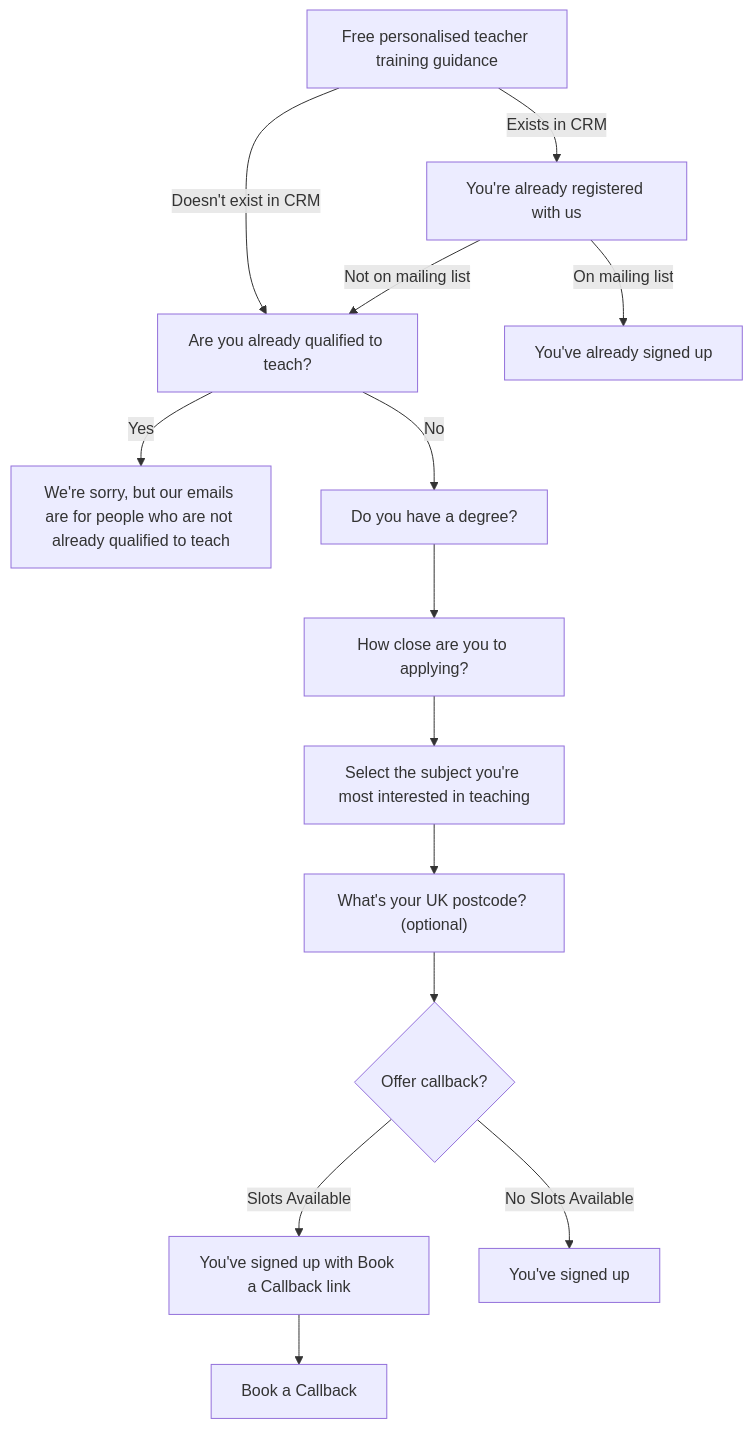
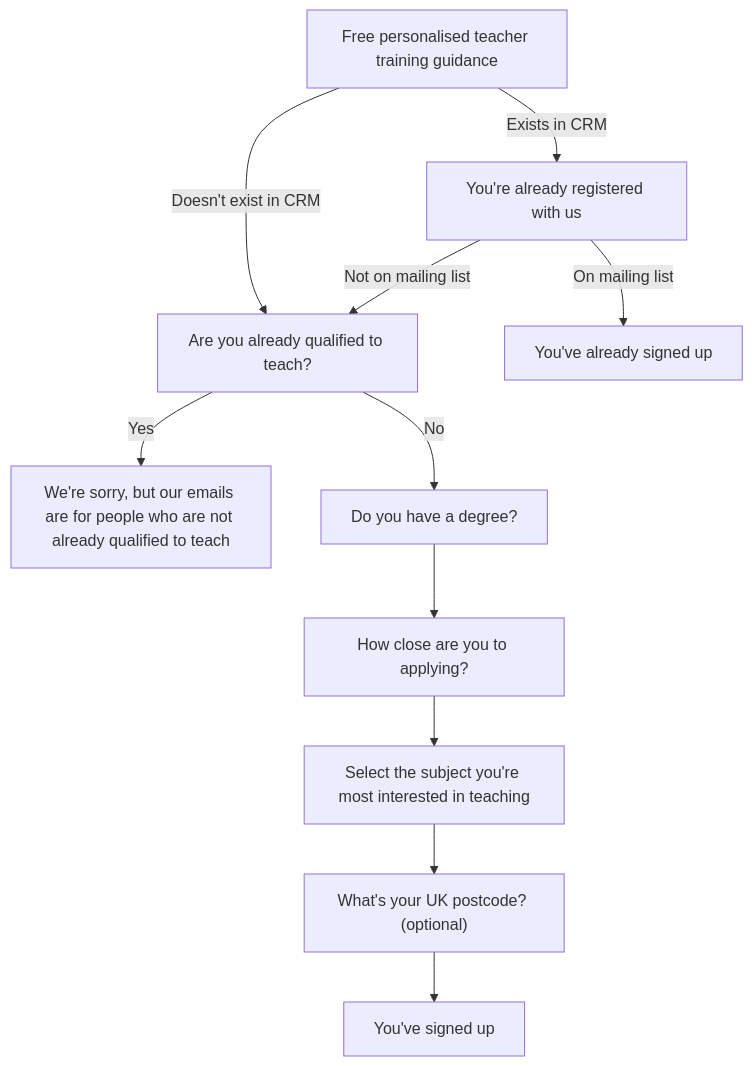
One commit to DFE-Digital/get-into-teaching-app changed the first of 3 diagrams in docs/sign-up-journeys.md. Above: the diagram before and after it, drawn with Mermaid. The commit also changed 2 other files, not shown here.

Commit message:
Remove callback from the mailing list completion page

````diff
--- a/docs/sign-up-journeys.md
+++ b/docs/sign-up-journeys.md
@@ -7,23 +7,18 @@
 ```mermaid
 graph TD;
   name[Free personalised teacher training guidance] -- Doesn't exist in CRM --> returning_teacher[Are you already qualified to teach?]
   name -- Exists in CRM --> authenticate[You're already registered with us]
   
   returning_teacher -- Yes --> already_qualified[We're sorry, but our emails are for people who are not already qualified to teach]
   returning_teacher -- No --> degree_status[Do you have a degree?]
 
   authenticate -- Not on mailing list --> returning_teacher
   authenticate -- On mailing list --> signed_up_already[You've already signed up]
   degree_status --> teacher_training[How close are you to applying?]
   
   teacher_training --> subject[Select the subject you're most interested in teaching]
 
   subject --> postcode["What's your UK postcode? (optional)"]
   
-  postcode --> offer_callback{Offer callback?}
-  
-  offer_callback -- Slots Available --> completed_with_callback["You've signed up with Book a Callback link"]
-  offer_callback -- No Slots Available --> completed[You've signed up] 
-
-  completed_with_callback --> book_a_callback[Book a Callback]
+  postcode --> completed[You've signed up] 
 ```
````
